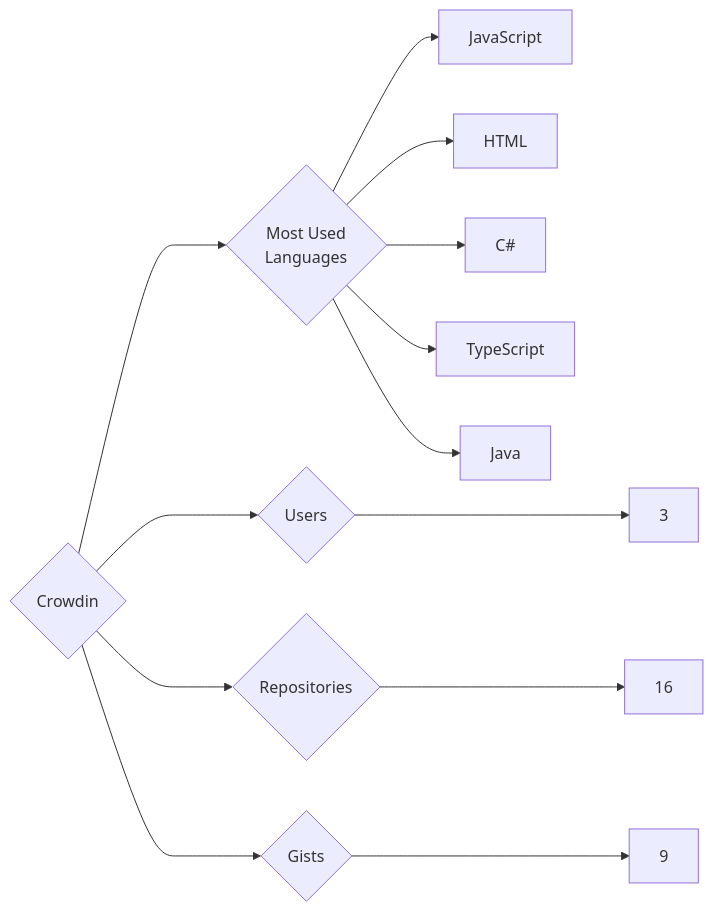
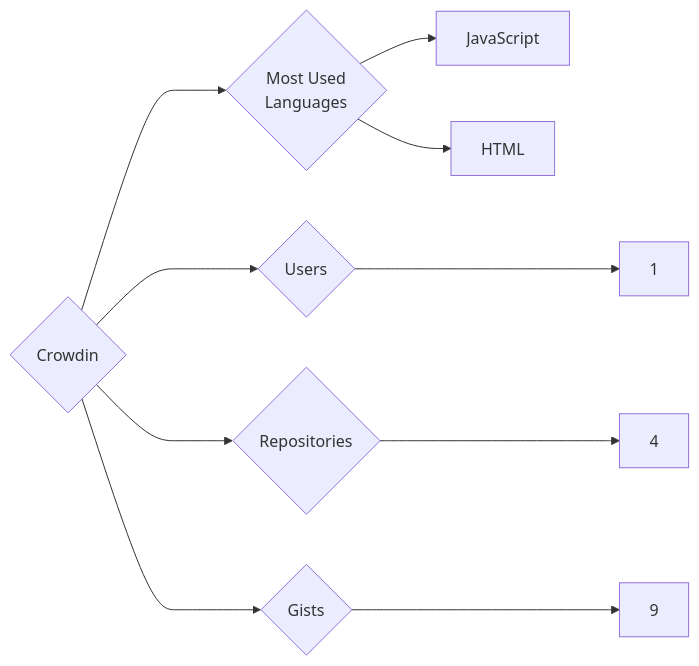
Before and after one commit to trickest/insiders: the diagram in targets/Crowdin/README.md, drawn with Mermaid. The commit also changed 682 other files, not shown here.

````diff
--- a/targets/Crowdin/README.md
+++ b/targets/Crowdin/README.md
@@ -3,13 +3,10 @@
 ```mermaid
 graph LR
 COMPANY_NAME{Crowdin}
-COMPANY_NAME ---> U{Users} ---> UN[3]
-COMPANY_NAME ---> R{Repositories} ---> RN[16]
+COMPANY_NAME ---> U{Users} ---> UN[1]
+COMPANY_NAME ---> R{Repositories} ---> RN[4]
 COMPANY_NAME ---> G{Gists} ---> GN[9]
 COMPANY_NAME ---> ML{Most Used<br>Languages}
 ML --> JavaScript[JavaScript]
 ML --> HTML[HTML]
-ML --> C#[C#]
-ML --> TypeScript[TypeScript]
-ML --> Java[Java]
 ```
````
